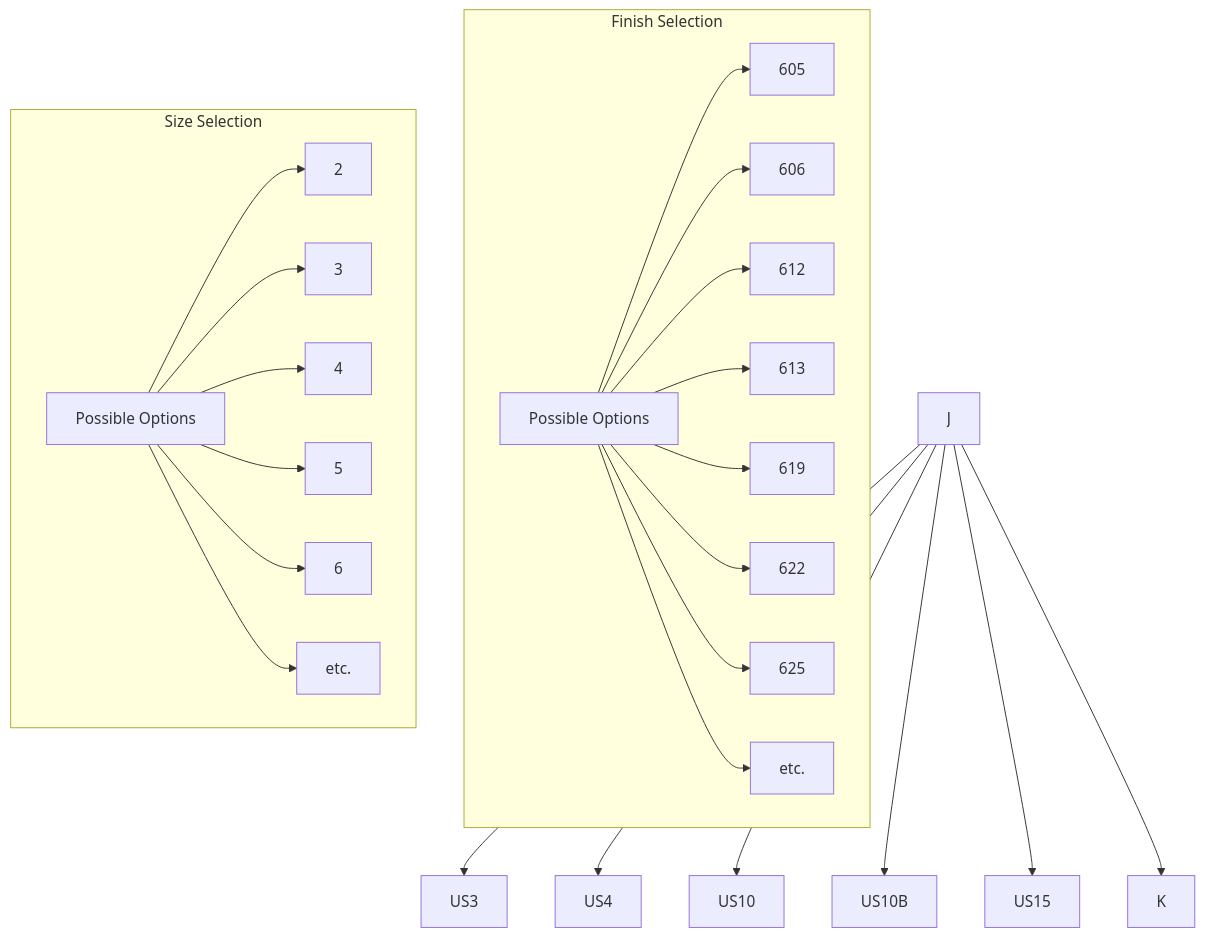
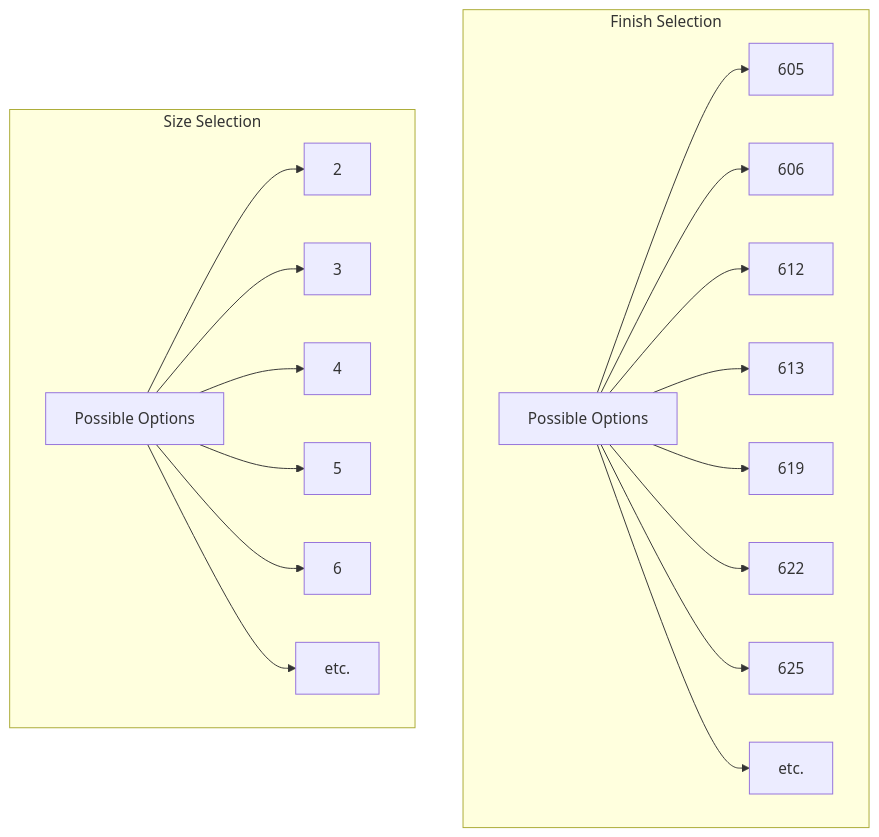
Before and after one commit to alokdas81/diamond-pricebook-diagram: the second of 16 diagrams in README.md, drawn with Mermaid. The commit also changed other lines of this file, not shown here.

Commit message:
readme updated

````diff
--- a/README.md
+++ b/README.md
@@ -207,49 +207,43 @@
 ```mermaid
 graph TB
 
 subgraph Finish Selection
 H[Possible Options]
 605
 606
 612
 613
 619
 622
 625
 I[etc.]
 end
 
 subgraph Size Selection
 G[Possible Options]
 2
 3
 4
 5
 6
 L[etc.]
 end
 
 G --> 2
 G --> 3
 G --> 4
 G --> 5
 G --> 6
 G --> L
 
 H --> 605
 H --> 606
 H --> 612
 H --> 613
 
 H --> 619
 H --> 622
 H --> 625
 H --> I
 
-J --> US3
-J --> US4
-J --> US10
-J --> US10B
-J --> US15
-J --> K
 ```
````
